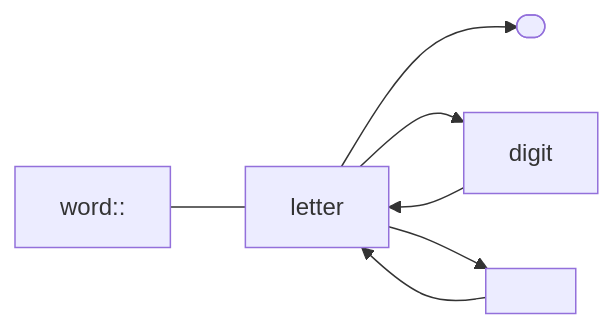
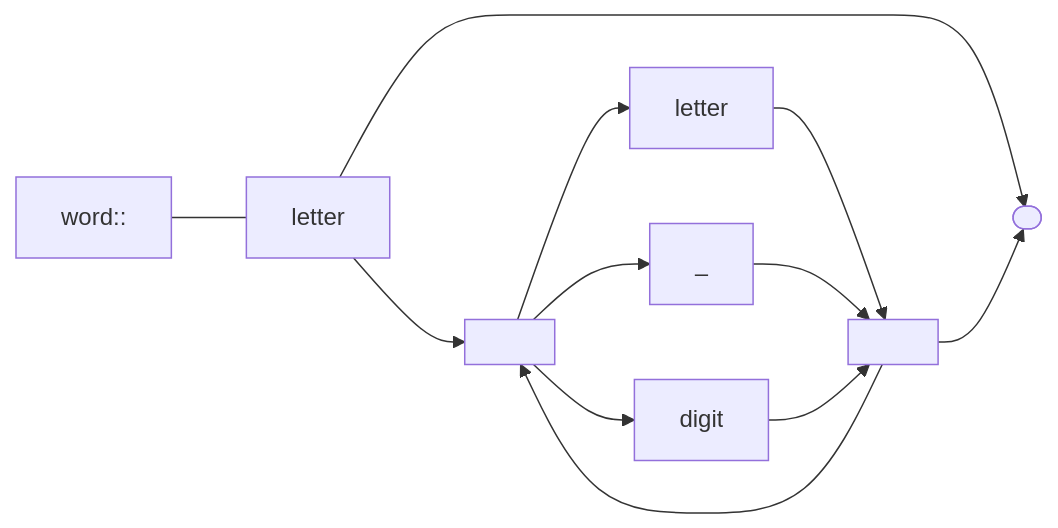
One commit to andrewfstratton/quandoscript changed the fourth of 16 diagrams in README.md. Above: the diagram before and after it, drawn with Mermaid. The commit also changed other lines of this file, not shown here.

````diff
--- a/README.md
+++ b/README.md
@@ -52,9 +30,9 @@
 ```mermaid
 graph LR
     stop([" "])
     word:: --- letter-->stop
-    letter-->digit
-    digit-->letter
-    letter-->r[" "]
-    r-->letter
+    letter-->l[" "]-->rl["letter"]-->r[" "]-->stop
+    r-->l
+    l-->u["_"]-->r
+    l-->digit-->r
 ```
````
